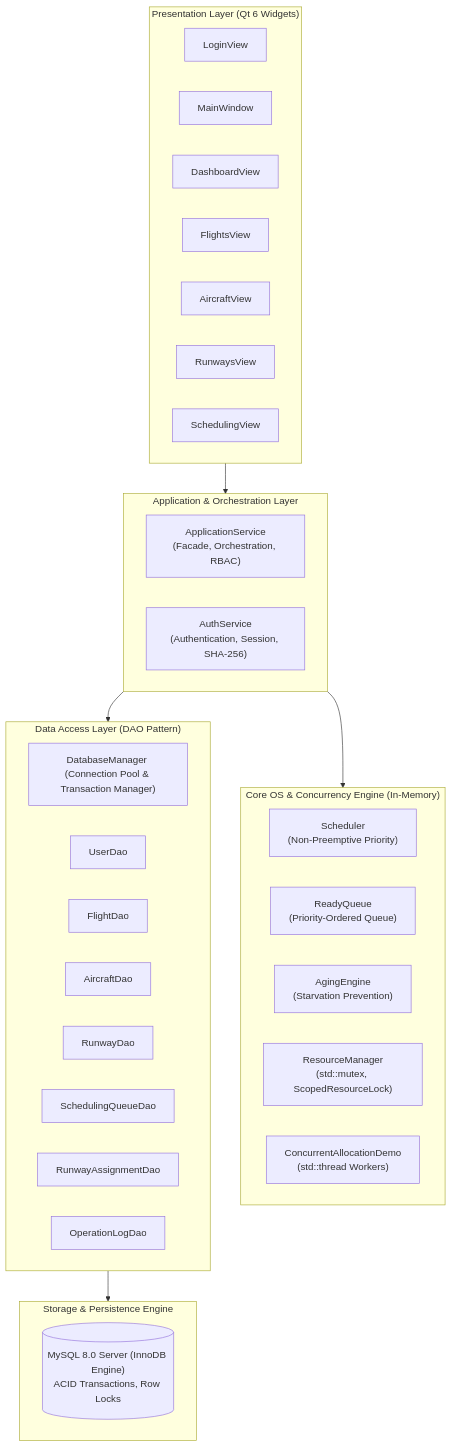
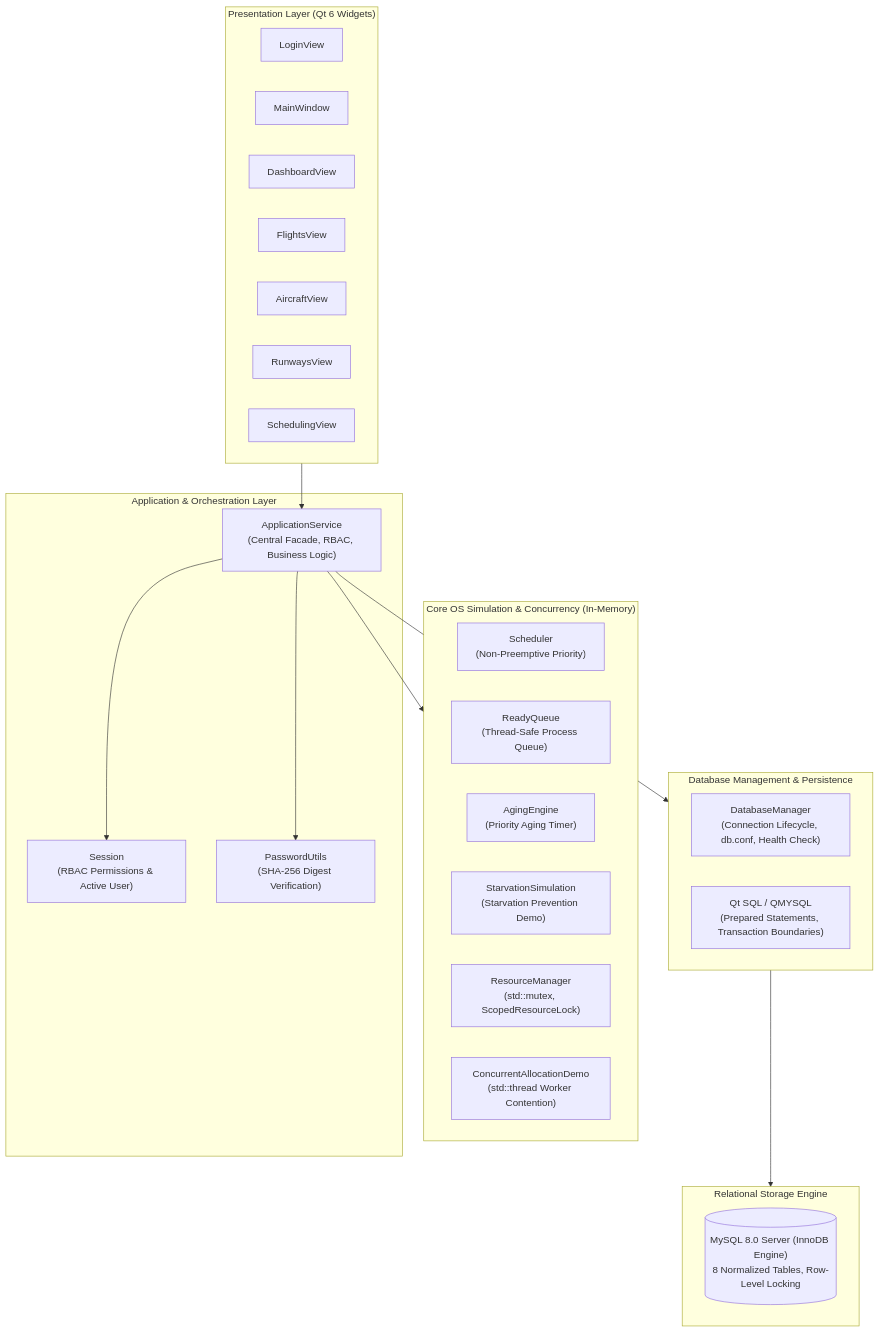
One commit to DhruvPathak12/Airport-Runway-Manager-Resource-Allocation changed the diagram in docs/diagrams/system_architecture.mmd. Above: the diagram before and after it, drawn with Mermaid. The commit also changed 23 other files, not shown here.

Commit message:
docs: correct scheduler and architecture documentation

```diff
--- a/docs/diagrams/system_architecture.mmd
+++ b/docs/diagrams/system_architecture.mmd
@@ -1,43 +1,41 @@
 graph TD
     subgraph Presentation_Layer ["Presentation Layer (Qt 6 Widgets)"]
         UI_Login["LoginView"]
         UI_Main["MainWindow"]
         UI_Dash["DashboardView"]
         UI_Flight["FlightsView"]
         UI_Aircraft["AircraftView"]
         UI_Runway["RunwaysView"]
         UI_Sched["SchedulingView"]
     end
 
     subgraph Service_Layer ["Application & Orchestration Layer"]
-        AppService["ApplicationService<br/>(Facade, Orchestration, RBAC)"]
-        AuthService["AuthService<br/>(Authentication, Session, SHA-256)"]
+        AppService["ApplicationService<br/>(Central Facade, RBAC, Business Logic)"]
+        Session["Session<br/>(RBAC Permissions & Active User)"]
+        PassUtils["PasswordUtils<br/>(SHA-256 Digest Verification)"]
     end
 
-    subgraph Core_OS_Simulation ["Core OS & Concurrency Engine (In-Memory)"]
+    subgraph Core_OS_Simulation ["Core OS Simulation & Concurrency (In-Memory)"]
         Scheduler["Scheduler<br/>(Non-Preemptive Priority)"]
-        ReadyQueue["ReadyQueue<br/>(Priority-Ordered Queue)"]
-        AgingEngine["AgingEngine<br/>(Starvation Prevention)"]
+        ReadyQueue["ReadyQueue<br/>(Thread-Safe Process Queue)"]
+        AgingEngine["AgingEngine<br/>(Priority Aging Timer)"]
+        StarvationSim["StarvationSimulation<br/>(Starvation Prevention Demo)"]
         ResourceManager["ResourceManager<br/>(std::mutex, ScopedResourceLock)"]
-        Threads["ConcurrentAllocationDemo<br/>(std::thread Workers)"]
+        Threads["ConcurrentAllocationDemo<br/>(std::thread Worker Contention)"]
     end
 
-    subgraph Data_Access_Layer ["Data Access Layer (DAO Pattern)"]
-        DBMgr["DatabaseManager (Connection Pool & Transaction Manager)"]
-        UserDAO["UserDao"]
-        FlightDAO["FlightDao"]
-        AircraftDAO["AircraftDao"]
-        RunwayDAO["RunwayDao"]
-        QueueDAO["SchedulingQueueDao"]
-        AssignDAO["RunwayAssignmentDao"]
-        LogDAO["OperationLogDao"]
+    subgraph Data_Access_Layer ["Database Management & Persistence"]
+        DBMgr["DatabaseManager<br/>(Connection Lifecycle, db.conf, Health Check)"]
+        QSql["Qt SQL / QMYSQL<br/>(Prepared Statements, Transaction Boundaries)"]
     end
 
-    subgraph Database_Layer ["Storage & Persistence Engine"]
-        MySQL[("MySQL 8.0 Server (InnoDB Engine)<br/>ACID Transactions, Row Locks")]
+    subgraph Database_Layer ["Relational Storage Engine"]
+        MySQL[("MySQL 8.0 Server (InnoDB Engine)<br/>8 Normalized Tables, Row-Level Locking")]
     end
 
-    Presentation_Layer --> Service_Layer
-    Service_Layer --> Core_OS_Simulation
-    Service_Layer --> Data_Access_Layer
+    Presentation_Layer --> AppService
+    AppService --> Session
+    AppService --> PassUtils
+    AppService --> Core_OS_Simulation
+    AppService --> Data_Access_Layer
     Data_Access_Layer --> Database_Layer
```
